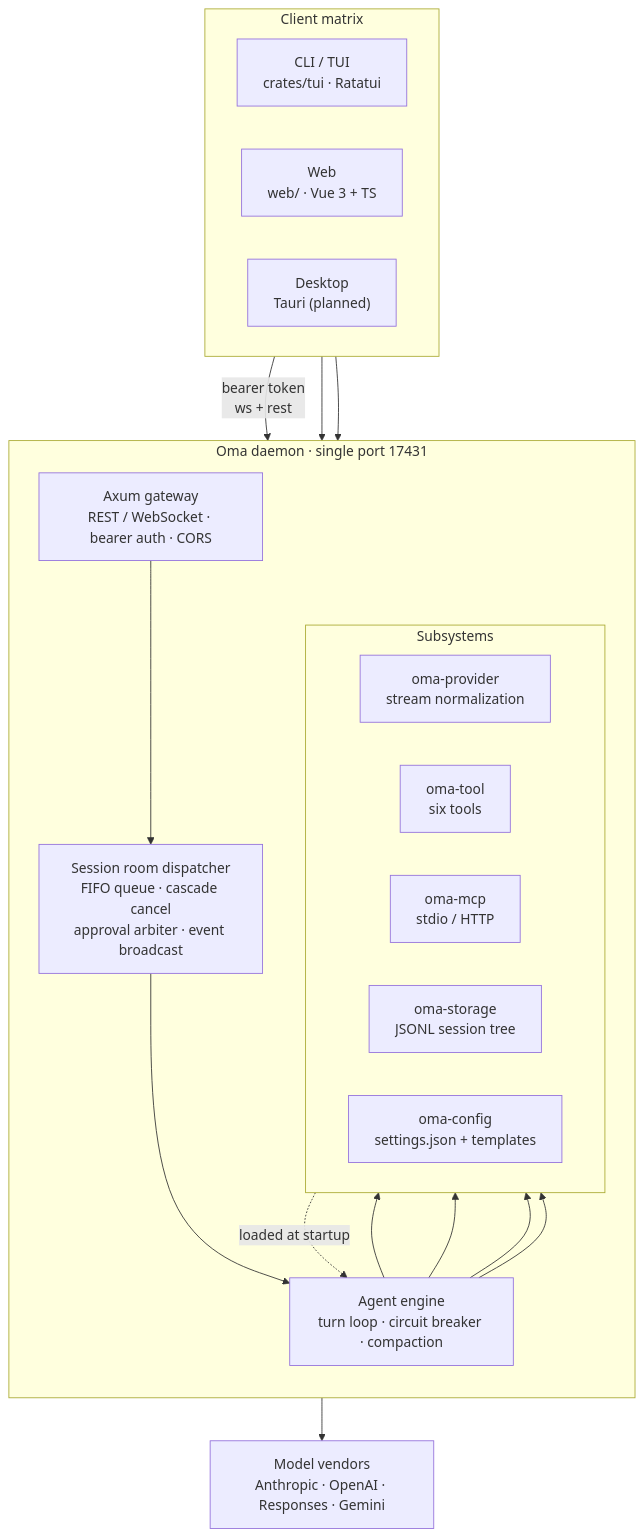
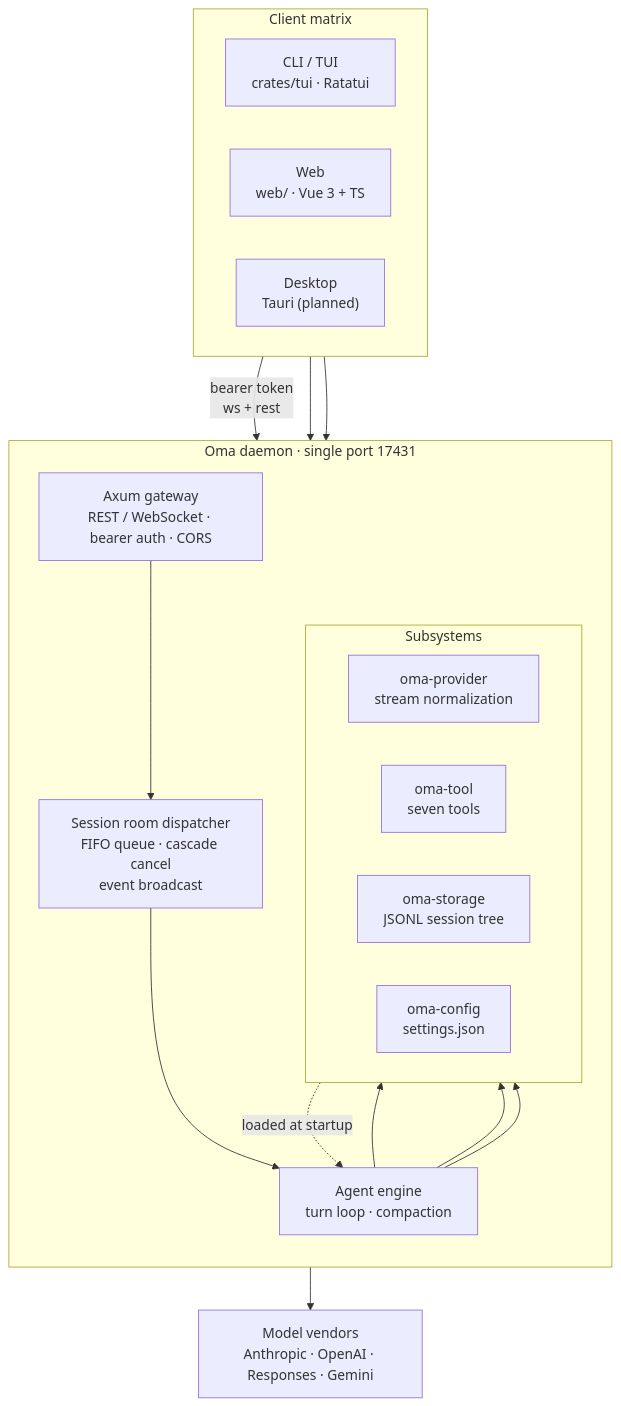
Before and after one commit to waittide/oma: the diagram in README.en.md, drawn with Mermaid. The commit also changed other lines of this file and 3 other files, not shown here.

````diff
--- a/README.en.md
+++ b/README.en.md
@@ -121,36 +102,34 @@
 ```mermaid
 flowchart TB
     subgraph Clients["Client matrix"]
         direction LR
         TUI["CLI / TUI<br/>crates/tui · Ratatui"]
         WEB["Web<br/>web/ · Vue 3 + TS"]
         DESK["Desktop<br/>Tauri (planned)"]
     end
 
     subgraph Daemon["Oma daemon · single port 17431"]
         direction TB
         GW["Axum gateway<br/>REST / WebSocket · bearer auth · CORS"]
-        ROOM["Session room dispatcher<br/>FIFO queue · cascade cancel<br/>approval arbiter · event broadcast"]
-        ENGINE["Agent engine<br/>turn loop · circuit breaker · compaction"]
+        ROOM["Session room dispatcher<br/>FIFO queue · cascade cancel<br/>event broadcast"]
+        ENGINE["Agent engine<br/>turn loop · compaction"]
         subgraph Sub["Subsystems"]
             direction LR
             PROV["oma-provider<br/>stream normalization"]
-            TOOL["oma-tool<br/>six tools"]
-            MCP["oma-mcp<br/>stdio / HTTP"]
+            TOOL["oma-tool<br/>seven tools"]
             STORE["oma-storage<br/>JSONL session tree"]
-            CONF["oma-config<br/>settings.json + templates"]
+            CONF["oma-config<br/>settings.json"]
         end
     end
 
     VENDORS["Model vendors<br/>Anthropic · OpenAI · Responses · Gemini"]
 
     TUI -->|"bearer token<br/>ws + rest"| GW
     WEB --> GW
     DESK --> GW
     GW --> ROOM --> ENGINE
     ENGINE --> PROV --> VENDORS
     ENGINE --> TOOL
-    ENGINE --> MCP
     ENGINE --> STORE
     CONF -.->|"loaded at startup"| ENGINE
 ```
````
